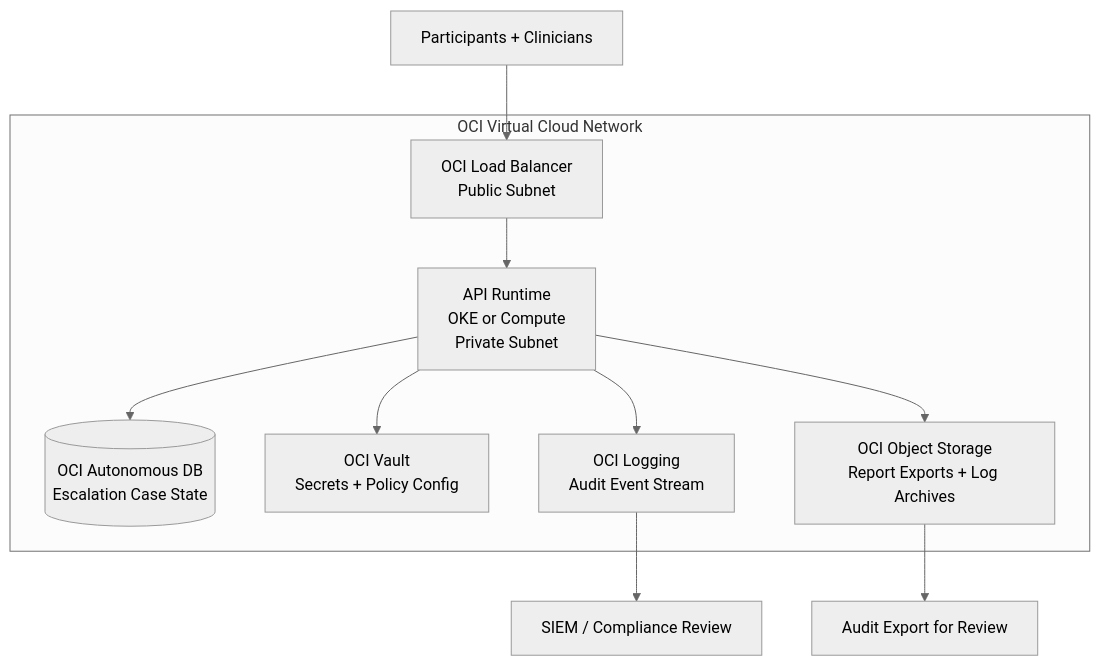
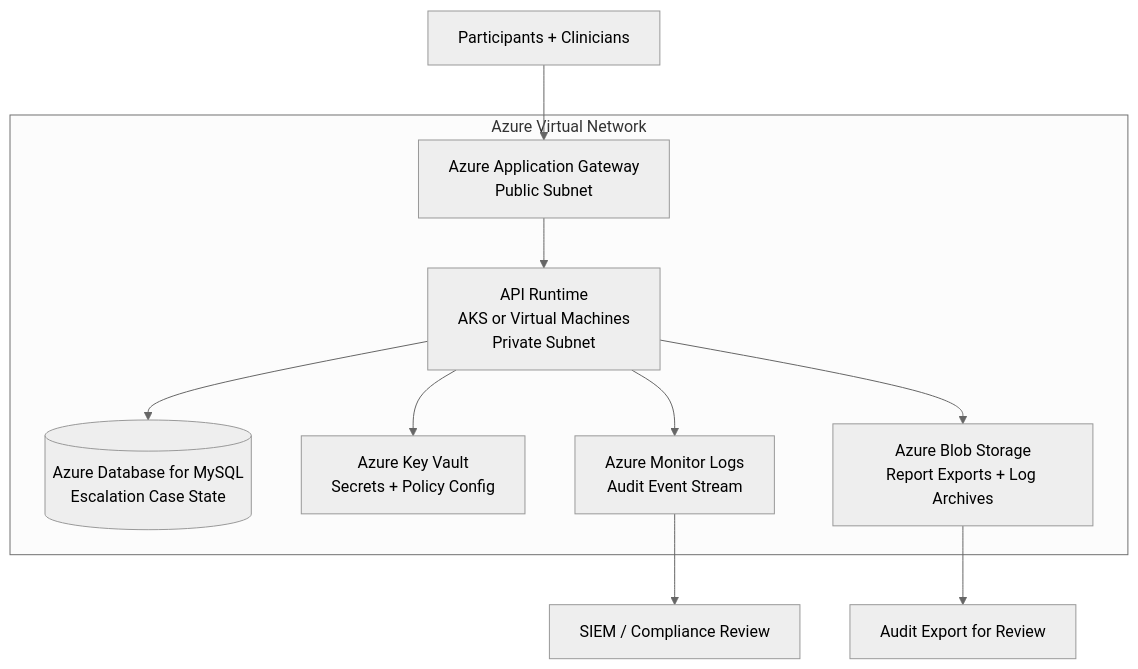
Before and after one commit to dipenchawla007/AcuityBridge: the diagram in docs/02_deployment.md, drawn with Mermaid (neutral theme). The commit also changed other lines of this file and 4 other files, not shown here.

Commit message:
Document the Azure reference architecture and replace the system diagram.

````diff
--- a/docs/02_deployment.md
+++ b/docs/02_deployment.md
@@ -15,14 +13,14 @@
 ```mermaid
 flowchart TD
-    subgraph ociNetwork [OCI Virtual Cloud Network]
-        LB[OCI Load Balancer<br/>Public Subnet] --> API[API Runtime<br/>OKE or Compute<br/>Private Subnet]
-        API --> DB[(OCI Autonomous DB<br/>Escalation Case State)]
-        API --> Vault[OCI Vault<br/>Secrets + Policy Config]
-        API --> Logging[OCI Logging<br/>Audit Event Stream]
-        API --> ObjStore[OCI Object Storage<br/>Report Exports + Log Archives]
+    subgraph azureNetwork [Azure Virtual Network]
+        LB[Azure Application Gateway<br/>Public Subnet] --> API[API Runtime<br/>AKS or Virtual Machines<br/>Private Subnet]
+        API --> DB[(Azure Database for MySQL<br/>Escalation Case State)]
+        API --> Vault[Azure Key Vault<br/>Secrets + Policy Config]
+        API --> Logging[Azure Monitor Logs<br/>Audit Event Stream]
+        API --> ObjStore[Azure Blob Storage<br/>Report Exports + Log Archives]
     end
 
     Users[Participants + Clinicians] --> LB
     Logging --> SIEM["SIEM / Compliance Review"]
     ObjStore --> Export["Audit Export for Review"]
 ```
````
